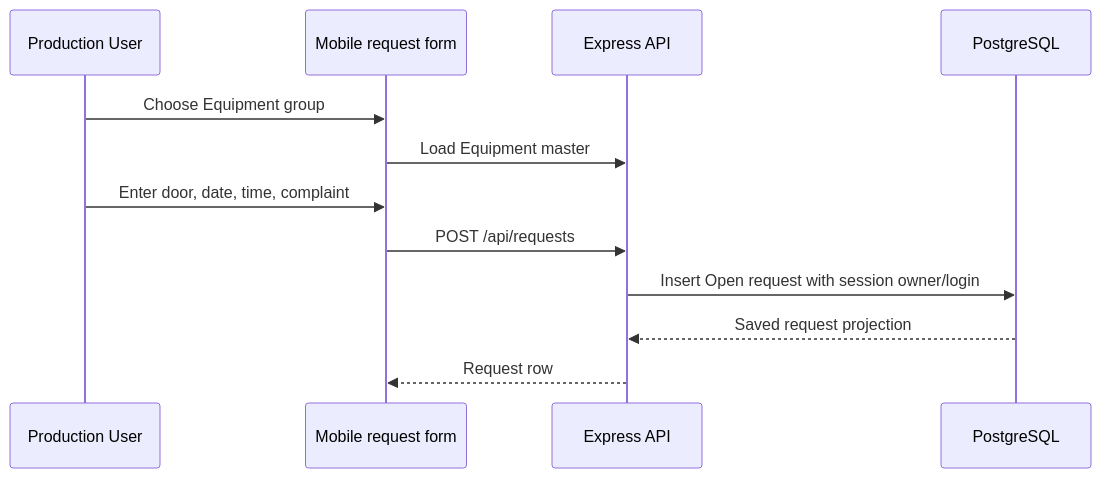
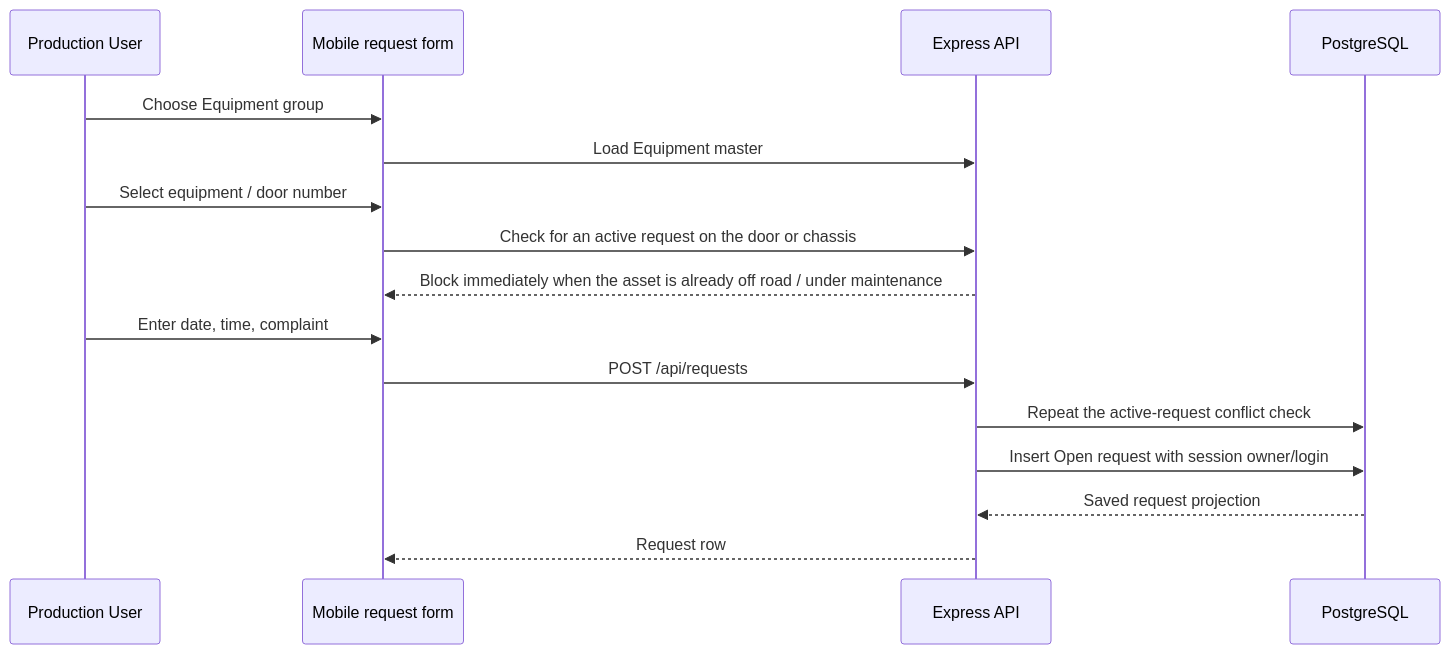
The second of 3 diagrams in PROJECT_WORKFLOW.md (caliberaitech783-beep/coalmine-fleet-maintenance), drawn with Mermaid before and after one commit. The commit also changed other lines of this file and 7 other files, not shown here.

Commit message:
fix: block duplicate active equipment requests

```diff
--- a/PROJECT_WORKFLOW.md
+++ b/PROJECT_WORKFLOW.md
@@ -165,14 +165,18 @@
 ~~~mermaid
 sequenceDiagram
   participant P as Production User
   participant UI as Mobile request form
   participant API as Express API
   participant DB as PostgreSQL
   P->>UI: Choose Equipment group
   UI->>API: Load Equipment master
-  P->>UI: Enter door, date, time, complaint
+  P->>UI: Select equipment / door number
+  UI->>API: Check for an active request on the door or chassis
+  API-->>UI: Block immediately when the asset is already off road / under maintenance
+  P->>UI: Enter date, time, complaint
   UI->>API: POST /api/requests
+  API->>DB: Repeat the active-request conflict check
   API->>DB: Insert Open request with session owner/login
   DB-->>API: Saved request projection
   API-->>UI: Request row
 ~~~
```
